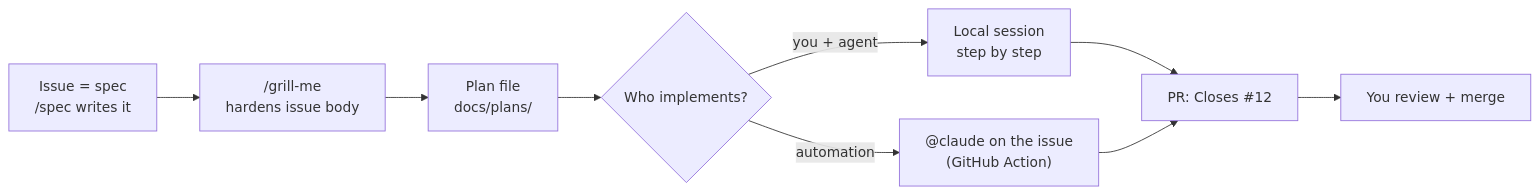
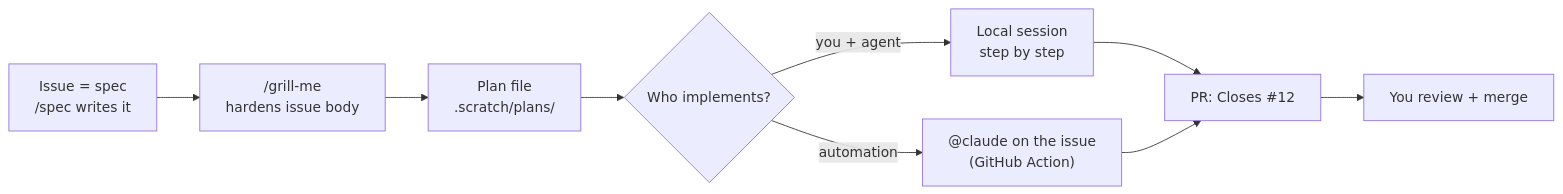
Before and after one commit to tomschinelli/ai-engineering-guide: the fourth of 7 diagrams in levels/07-automate.md, drawn with Mermaid. The commit also changed other lines of this file and 14 other files, not shown here.

````diff
--- a/levels/07-automate.md
+++ b/levels/07-automate.md
@@ -193,11 +197,11 @@
 ```mermaid
 flowchart LR
     I["Issue = spec<br/>/spec writes it"] --> G["/grill-me<br/>hardens issue body"]
-    G --> P[Plan file<br/>docs/plans/]
+    G --> P[Plan file<br/>.scratch/plans/]
     P --> X{Who implements?}
     X -- you + agent --> L[Local session<br/>step by step]
     X -- automation --> A["@claude on the issue<br/>(GitHub Action)"]
     L --> PR["PR: Closes #12"]
     A --> PR
     PR --> H[You review + merge]
 ```
````
